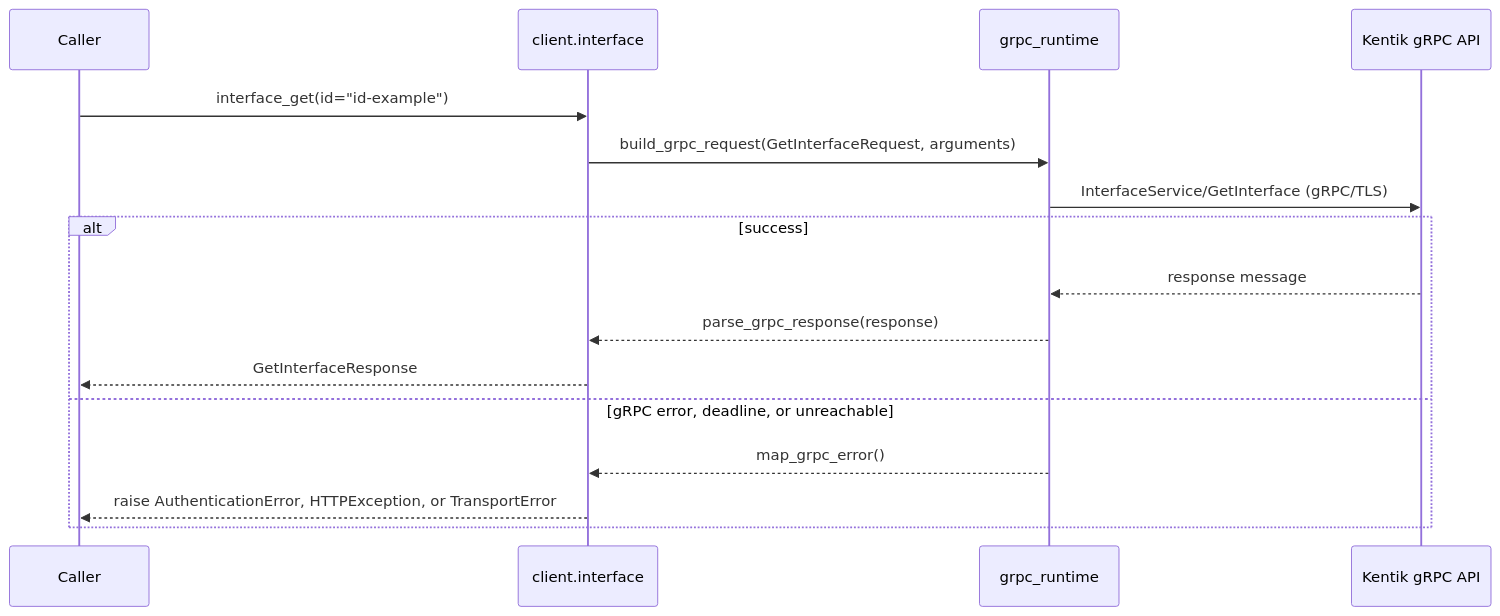
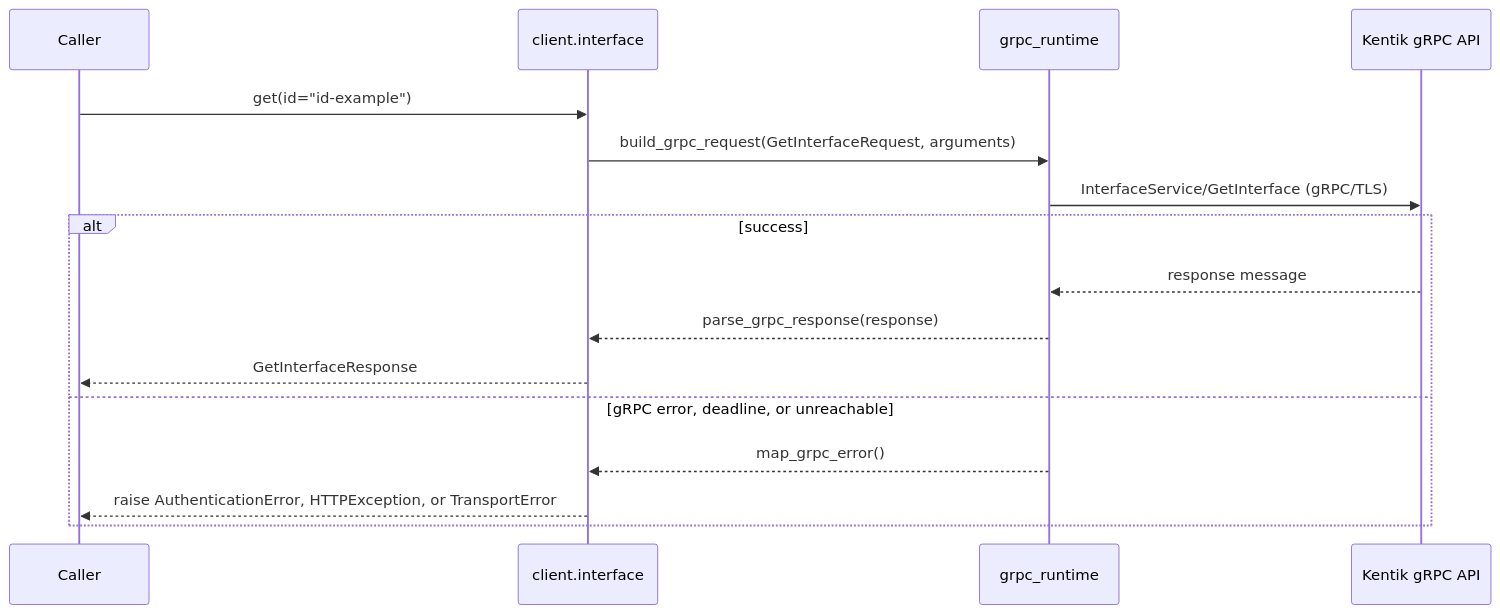
The seventh of 14 diagrams in docs/sphinx/services/interface.md (alexdearaujo/community_sdk_python), drawn with Mermaid before and after one commit. The commit also changed other lines of this file and 119 other files, not shown here.

````diff
--- a/docs/sphinx/services/interface.md
+++ b/docs/sphinx/services/interface.md
@@ -216,19 +216,19 @@
 ```mermaid
 sequenceDiagram
     participant C as Caller
     participant W as client.interface
     participant R as grpc_runtime
     participant API as Kentik gRPC API
 
-    C->>W: interface_get(id="id-example")
+    C->>W: get(id="id-example")
     W->>R: build_grpc_request(GetInterfaceRequest, arguments)
     R->>API: InterfaceService/GetInterface (gRPC/TLS)
     alt success
         API-->>R: response message
         R-->>W: parse_grpc_response(response)
         W-->>C: GetInterfaceResponse
     else gRPC error, deadline, or unreachable
         R-->>W: map_grpc_error()
         W-->>C: raise AuthenticationError, HTTPException, or TransportError
     end
 ```
````
